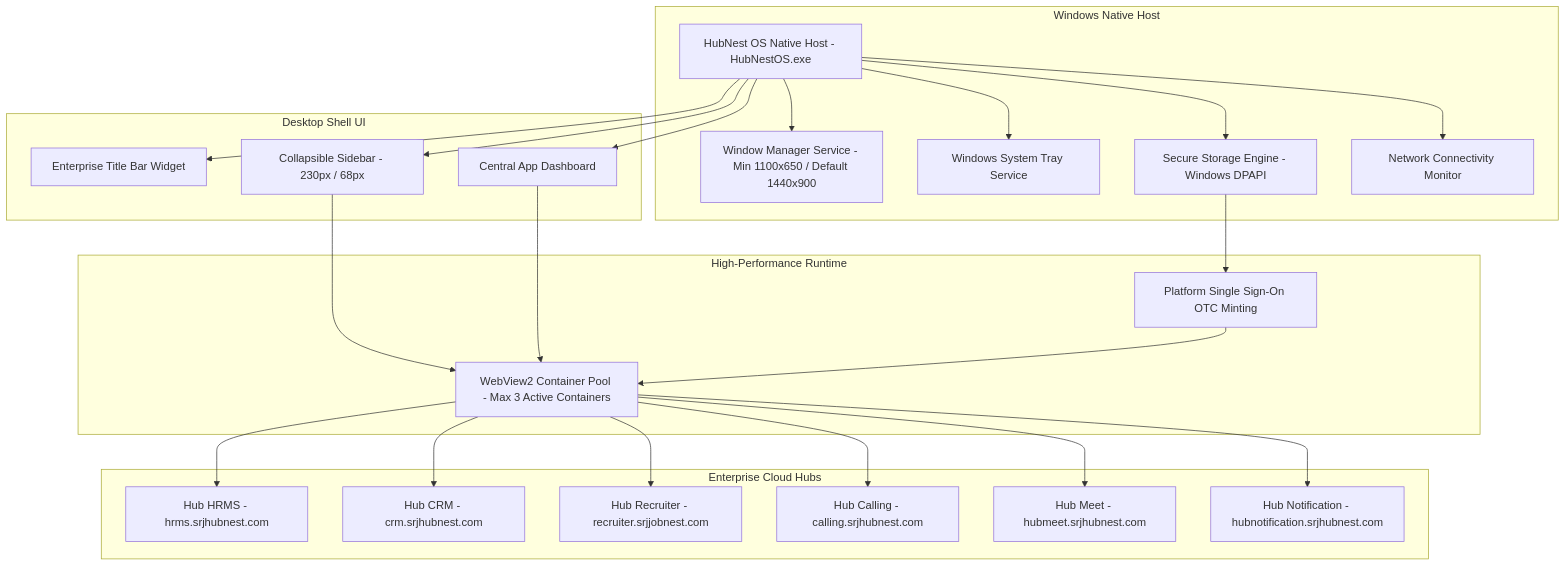
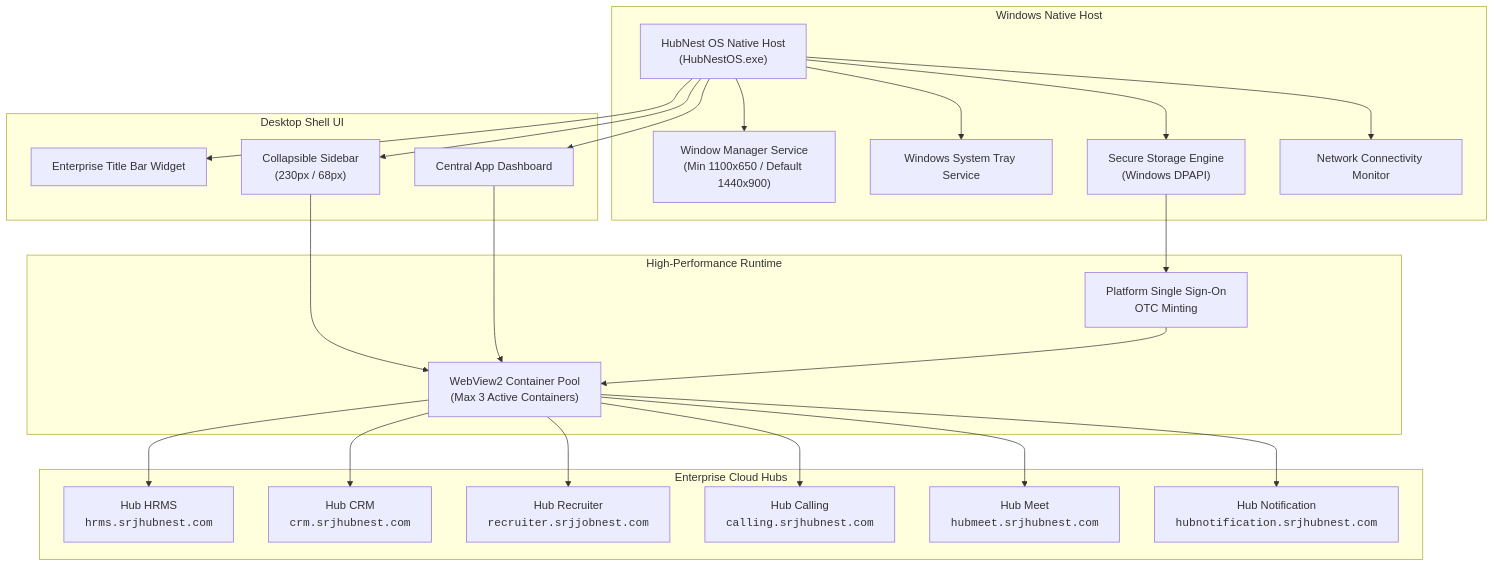
Before and after one commit to SRJ-GROUP/hubnest_user_guide: the first of 3 diagrams in docs/desktop/workspace.md, drawn with Mermaid. The commit also changed 161 other files, not shown here.

Commit message:
feat: complete HubMeet suite, supervisor portal docs, diagram fixes, and interactive eye-button zoom modal

````diff
--- a/docs/desktop/workspace.md
+++ b/docs/desktop/workspace.md
@@ -18,51 +18,51 @@
 ```mermaid
 graph TD
     subgraph Windows Native Host
-        AppHost[HubNest OS Native Host - HubNestOS.exe]
-        WinMgr[Window Manager Service - Min 1100x650 / Default 1440x900]
-        TraySvc[Windows System Tray Service]
-        SecureStore[Secure Storage Engine - Windows DPAPI]
-        NetMonitor[Network Connectivity Monitor]
+        AppHost["HubNest OS Native Host<br/>(HubNestOS.exe)"]
+        WinMgr["Window Manager Service<br/>(Min 1100x650 / Default 1440x900)"]
+        TraySvc["Windows System Tray Service"]
+        SecureStore["Secure Storage Engine<br/>(Windows DPAPI)"]
+        NetMonitor["Network Connectivity Monitor"]
     end
 
     subgraph Desktop Shell UI
-        TitleBar[Enterprise Title Bar Widget]
-        Sidebar[Collapsible Sidebar - 230px / 68px]
-        CentralDash[Central App Dashboard]
+        TitleBar["Enterprise Title Bar Widget"]
+        Sidebar["Collapsible Sidebar<br/>(230px / 68px)"]
+        CentralDash["Central App Dashboard"]
     end
 
     subgraph High-Performance Runtime
-        WV2Pool[WebView2 Container Pool - Max 3 Active Containers]
-        SSOBridge[Platform Single Sign-On OTC Minting]
+        WV2Pool["WebView2 Container Pool<br/>(Max 3 Active Containers)"]
+        SSOBridge["Platform Single Sign-On<br/>OTC Minting"]
     end
 
     subgraph Enterprise Cloud Hubs
-        HRMS[Hub HRMS - hrms.srjhubnest.com]
-        CRM[Hub CRM - crm.srjhubnest.com]
-        Recruiter[Hub Recruiter - recruiter.srjjobnest.com]
-        Calling[Hub Calling - calling.srjhubnest.com]
-        Meet[Hub Meet - hubmeet.srjhubnest.com]
-        Notify[Hub Notification - hubnotification.srjhubnest.com]
+        HRMS["Hub HRMS<br/><code>hrms.srjhubnest.com</code>"]
+        CRM["Hub CRM<br/><code>crm.srjhubnest.com</code>"]
+        Recruiter["Hub Recruiter<br/><code>recruiter.srjjobnest.com</code>"]
+        Calling["Hub Calling<br/><code>calling.srjhubnest.com</code>"]
+        Meet["Hub Meet<br/><code>hubmeet.srjhubnest.com</code>"]
+        Notify["Hub Notification<br/><code>hubnotification.srjhubnest.com</code>"]
     end
 
     AppHost --> WinMgr
     AppHost --> TraySvc
     AppHost --> SecureStore
     AppHost --> NetMonitor
     
     AppHost --> TitleBar
     AppHost --> Sidebar
     AppHost --> CentralDash
     
     Sidebar --> WV2Pool
     CentralDash --> WV2Pool
     SecureStore --> SSOBridge
     SSOBridge --> WV2Pool
     
     WV2Pool --> HRMS
     WV2Pool --> CRM
     WV2Pool --> Recruiter
     WV2Pool --> Calling
     WV2Pool --> Meet
     WV2Pool --> Notify
 ```
````
